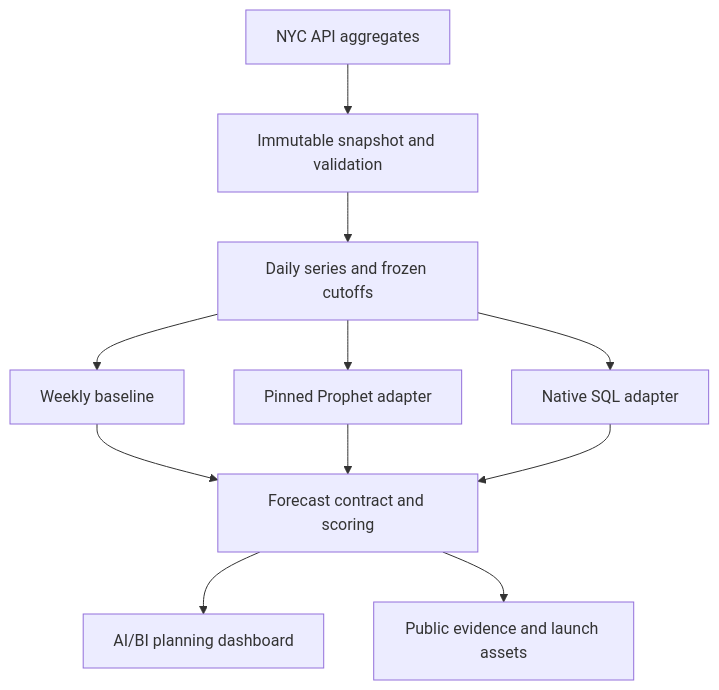
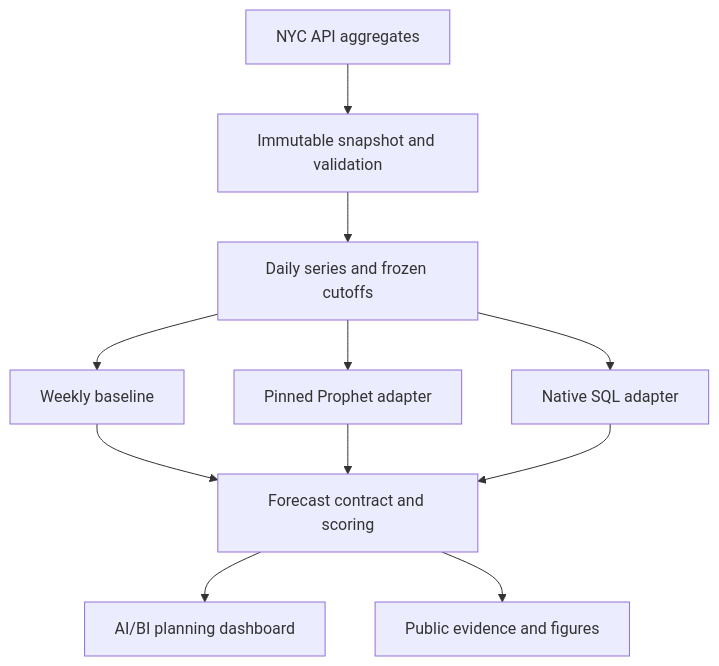
One commit to soulipaco/databricks-forecast-planning-cockpit changed the diagram in docs/design/04_ARCHITECTURE_CONTRACTS.md. Above: the diagram before and after it, drawn with Mermaid. The commit also changed other lines of this file and 5 other files, not shown here.

````diff
--- a/docs/design/04_ARCHITECTURE_CONTRACTS.md
+++ b/docs/design/04_ARCHITECTURE_CONTRACTS.md
@@ -5,13 +5,13 @@
 ```mermaid
 flowchart TD
   A["NYC API aggregates"] --> B["Immutable snapshot and validation"]
   B --> C["Daily series and frozen cutoffs"]
   C --> D["Weekly baseline"]
   C --> E["Pinned Prophet adapter"]
   C --> F["Native SQL adapter"]
   D --> G["Forecast contract and scoring"]
   E --> G
   F --> G
   G --> H["AI/BI planning dashboard"]
-  G --> I["Public evidence and launch assets"]
+  G --> I["Public evidence and figures"]
 ```
````
